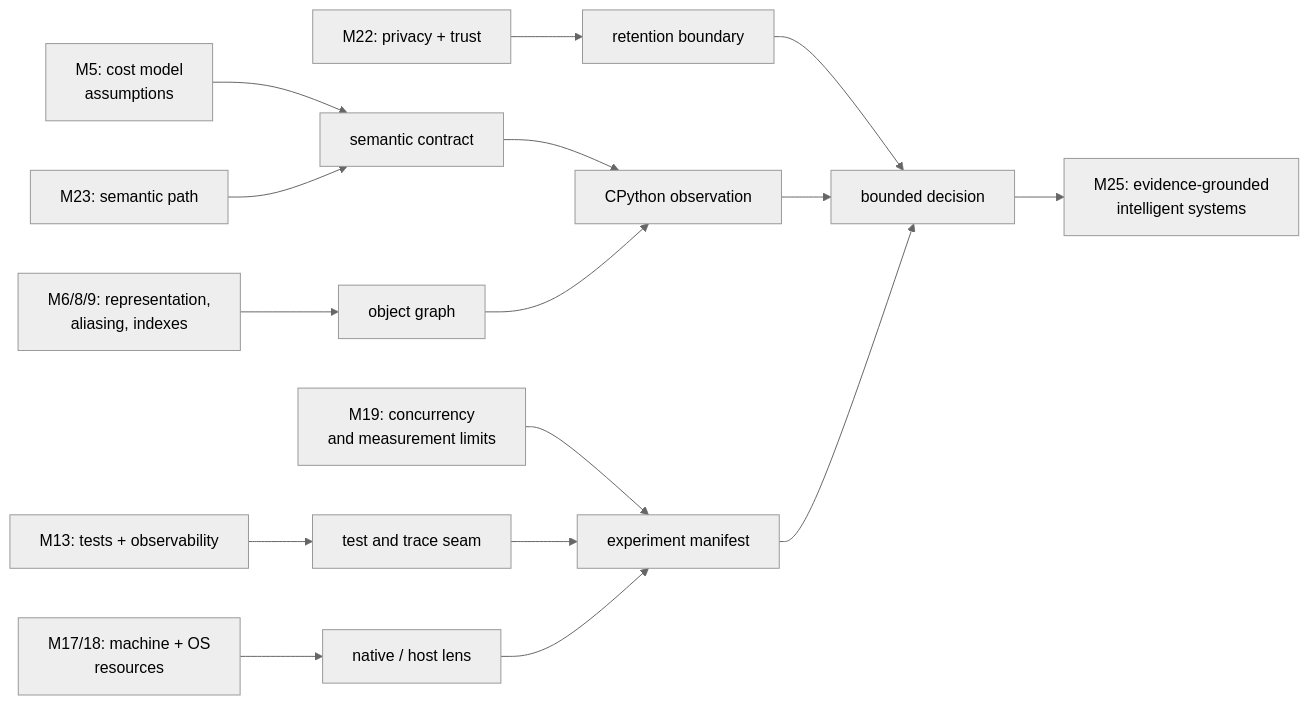
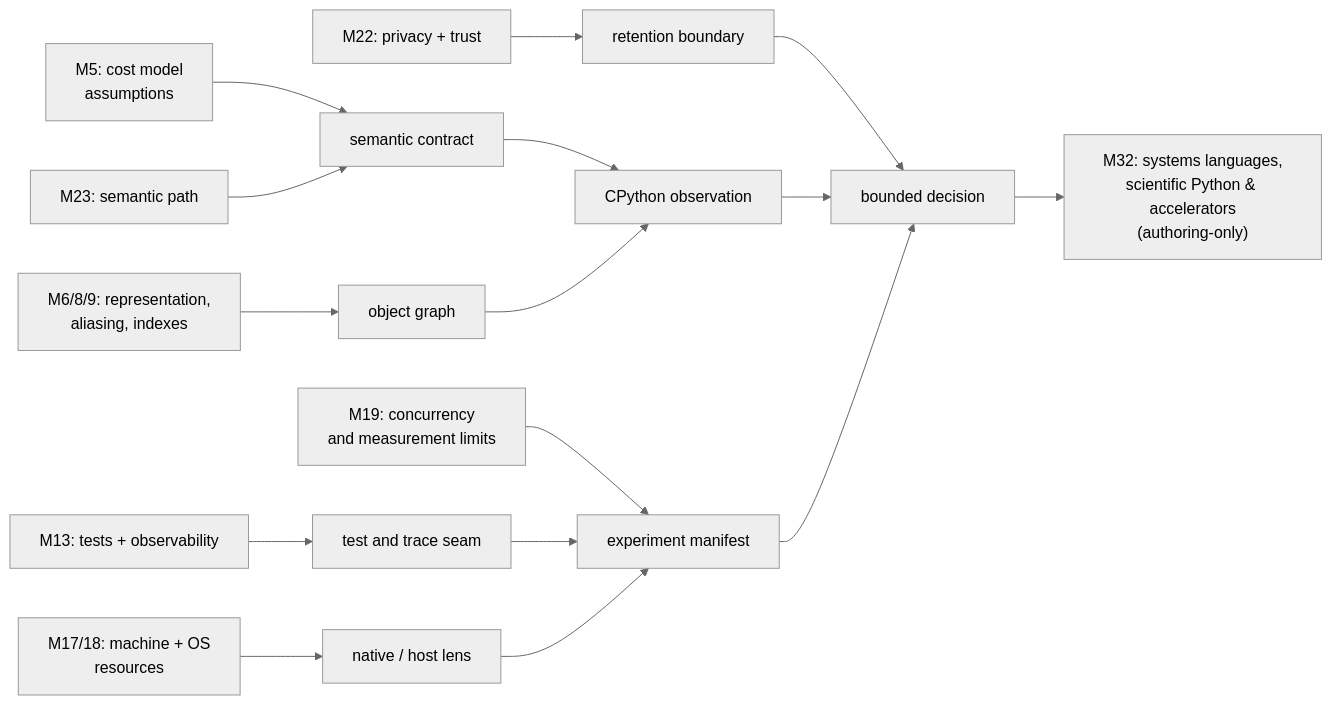
The first of 3 diagrams in content/modules/24_cpython_performance_memory.md (michaeliu3/atlas-academy-python-cs), drawn with Mermaid (neutral theme) before and after one commit. The commit also changed other lines of this file and 8 other files, not shown here.

Commit message:
Align learner routes with course graph

```diff
--- a/content/modules/24_cpython_performance_memory.md
+++ b/content/modules/24_cpython_performance_memory.md
@@ -103,18 +103,18 @@
 ~~~mermaid
 flowchart LR
     M5["M5: cost model<br/>assumptions"] --> C["semantic contract"]
     M6["M6/8/9: representation,<br/>aliasing, indexes"] --> O["object graph"]
     M13["M13: tests + observability"] --> T["test and trace seam"]
     M17["M17/18: machine + OS<br/>resources"] --> N["native / host lens"]
     M19["M19: concurrency<br/>and measurement limits"] --> X["experiment manifest"]
     M22["M22: privacy + trust"] --> R["retention boundary"]
     M23["M23: semantic path"] --> C
     C --> P["CPython observation"]
     O --> P
     T --> X
     N --> X
     R --> D["bounded decision"]
     P --> D
     X --> D
-    D --> M25["M25: evidence-grounded<br/>intelligent systems"]
+    D --> M32["M32: systems languages,<br/>scientific Python & accelerators<br/>(authoring-only)"]
 ~~~
```
